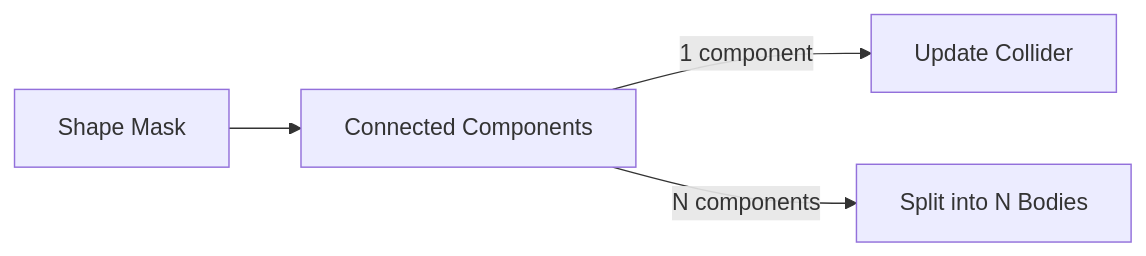
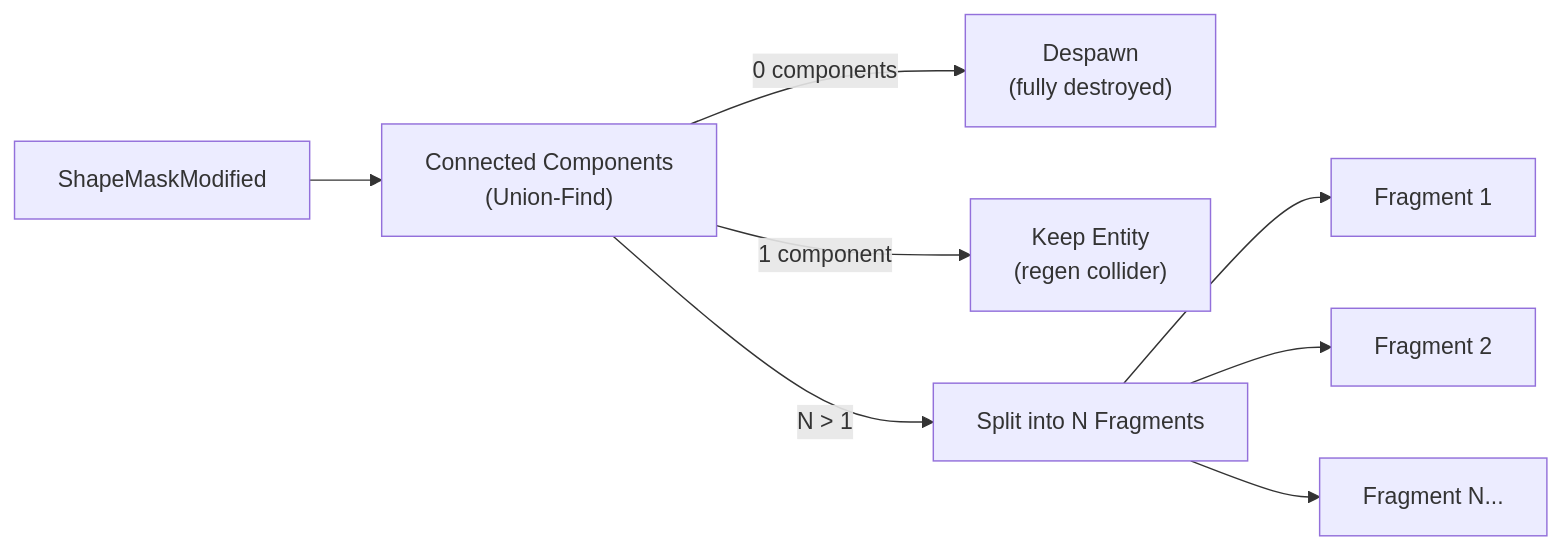
Before and after one commit to api-haus/bevy_pixel_world: the second of 4 diagrams in docs/arhitecture/pixel-bodies.md, drawn with Mermaid. The commit also changed other lines of this file, not shown here.

First line of the commit message:
docs(arhitecture): rewrite pixel-bodies with accurate system flow

````diff
--- a/docs/arhitecture/pixel-bodies.md
+++ b/docs/arhitecture/pixel-bodies.md
@@ -163,6 +152,17 @@
 ```mermaid
 flowchart LR
-    Shape["Shape Mask"] --> CC["Connected Components"]
-    CC -->|"1 component"| Single["Update Collider"]
-    CC -->|"N components"| Split["Split into N Bodies"]
+    SM["ShapeMaskModified"] --> CC["Connected Components
+    (Union-Find)"]
+
+    CC -->|"0 components"| D0["Despawn
+    (fully destroyed)"]
+
+    CC -->|"1 component"| D1["Keep Entity
+    (regen collider)"]
+
+    CC -->|"N > 1"| DN["Split into N Fragments"]
+
+    DN --> F1["Fragment 1"]
+    DN --> F2["Fragment 2"]
+    DN --> FN["Fragment N..."]
 ```
````
